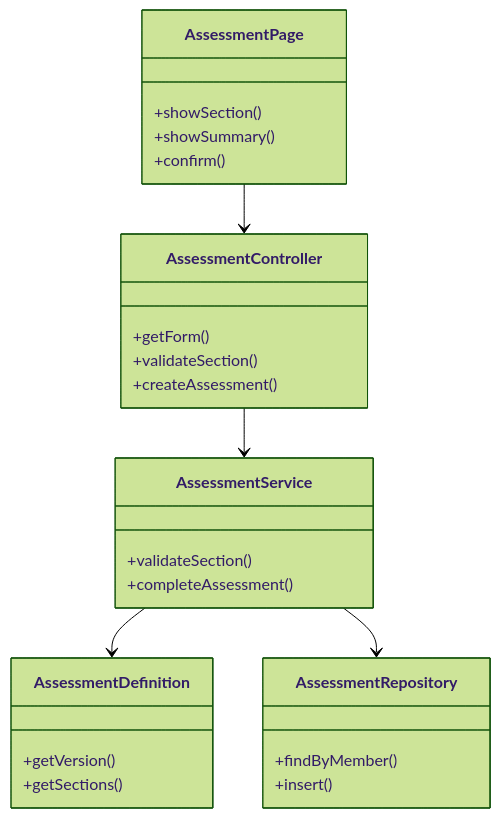
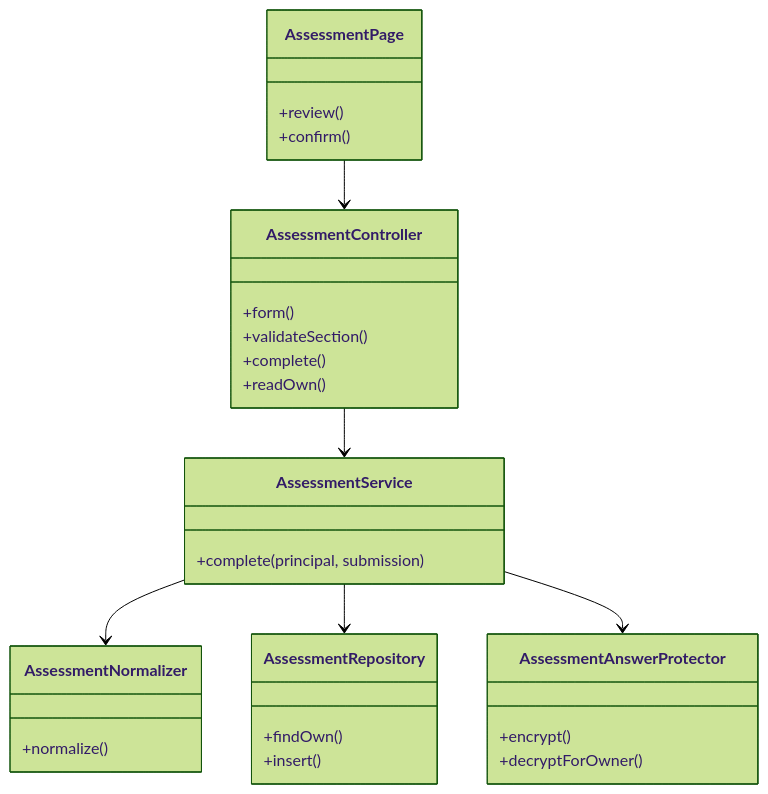
The first of 5 diagrams in docs/design/acc.md (eggsbenedict287/tcu-cosc-40493-capstone-well-live), drawn with Mermaid (forest theme) before and after one commit. The commit also changed other lines of this file and 13 other files, not shown here.

````diff
--- a/docs/design/acc.md
+++ b/docs/design/acc.md
@@ -46,29 +30,32 @@
 ```mermaid
 classDiagram
     class AssessmentPage {
-        +showSection()
-        +showSummary()
+        +review()
         +confirm()
     }
     class AssessmentController {
-        +getForm()
+        +form()
         +validateSection()
-        +createAssessment()
+        +complete()
+        +readOwn()
     }
     class AssessmentService {
-        +validateSection()
-        +completeAssessment()
+        +complete(principal, submission)
+    }
+    class AssessmentNormalizer {
+        +normalize()
     }
     class AssessmentRepository {
-        +findByMember()
+        +findOwn()
         +insert()
     }
-    class AssessmentDefinition {
-        +getVersion()
-        +getSections()
+    class AssessmentAnswerProtector {
+        +encrypt()
+        +decryptForOwner()
     }
     AssessmentPage --> AssessmentController
     AssessmentController --> AssessmentService
-    AssessmentService --> AssessmentDefinition
+    AssessmentService --> AssessmentNormalizer
     AssessmentService --> AssessmentRepository
+    AssessmentService --> AssessmentAnswerProtector
 ```
````
